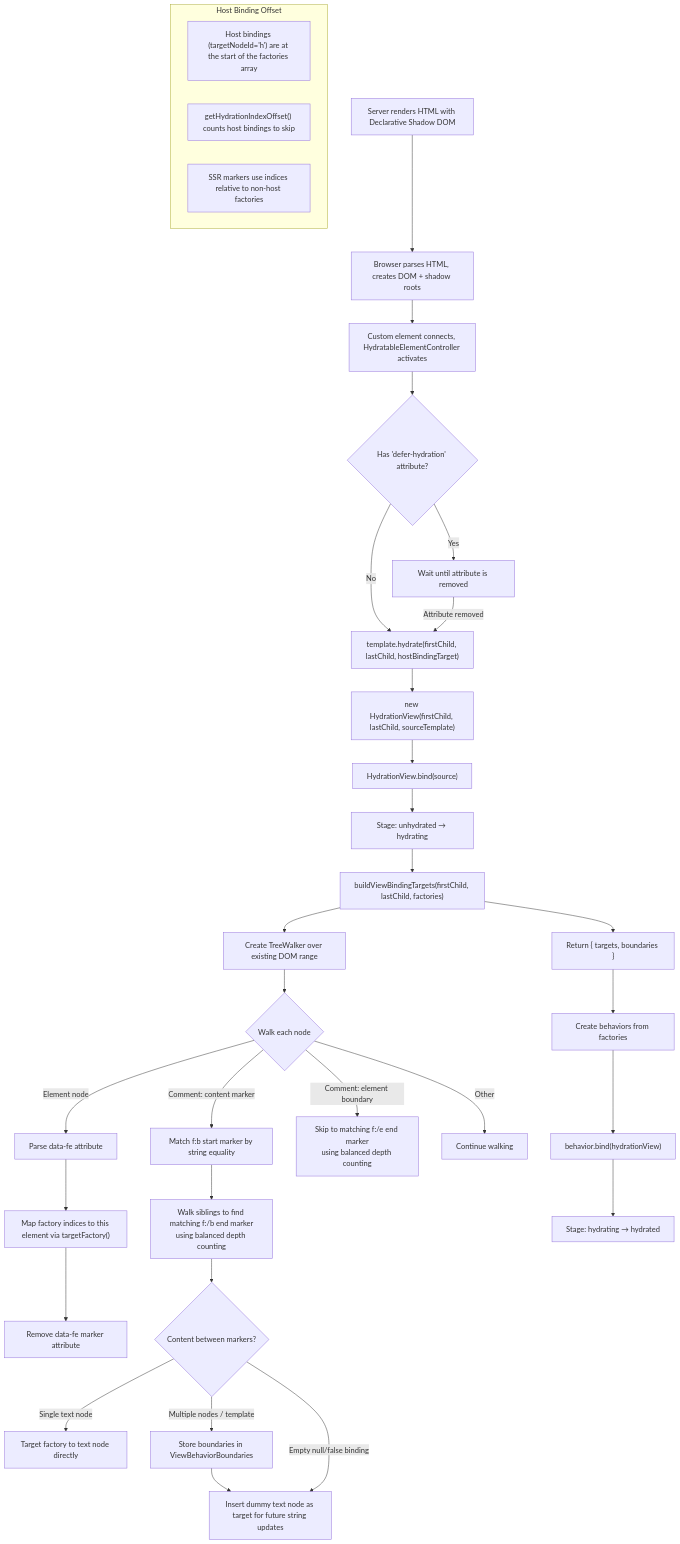
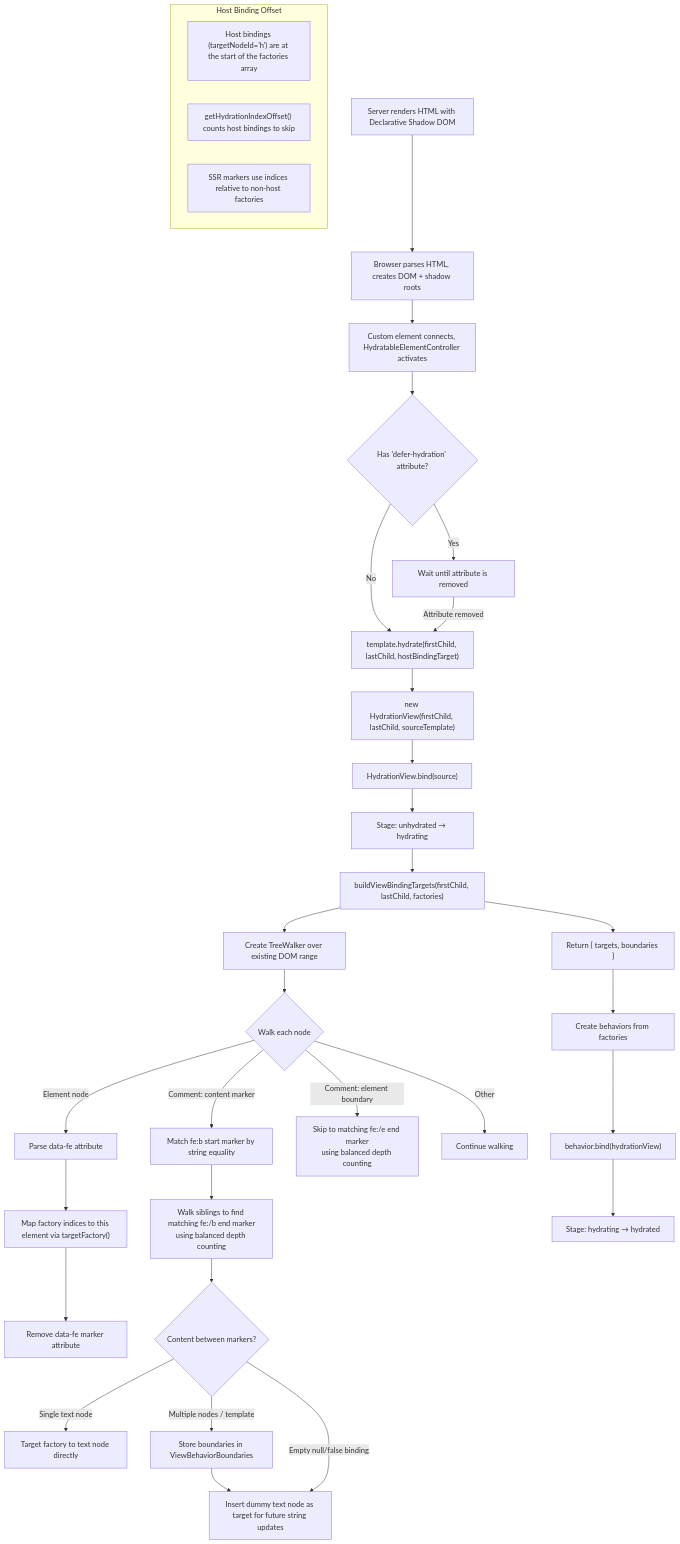
One commit to microsoft/fast changed the eighth of 12 diagrams in packages/fast-element/src/templating/TEMPLATE-BINDINGS.md. Above: the diagram before and after it, drawn with Mermaid. The commit also changed other lines of this file and 37 other files, not shown here.

````diff
--- a/packages/fast-element/src/templating/TEMPLATE-BINDINGS.md
+++ b/packages/fast-element/src/templating/TEMPLATE-BINDINGS.md
@@ -342,40 +342,40 @@
 ```mermaid
 flowchart TD
     A["Server renders HTML with Declarative Shadow DOM"] --> B["Browser parses HTML, creates DOM + shadow roots"]
     B --> C["Custom element connects, HydratableElementController activates"]
     C --> D{"Has 'defer-hydration' attribute?"}
     D -->|Yes| E["Wait until attribute is removed"]
     D -->|No| F["template.hydrate(firstChild, lastChild, hostBindingTarget)"]
     E -->|Attribute removed| F
     F --> G["new HydrationView(firstChild, lastChild, sourceTemplate)"]
     G --> H["HydrationView.bind(source)"]
     H --> I["Stage: unhydrated → hydrating"]
     I --> J["buildViewBindingTargets(firstChild, lastChild, factories)"]
 
     J --> K["Create TreeWalker over existing DOM range"]
     K --> L{"Walk each node"}
 
     L -->|Element node| M["Parse data-fe attribute"]
     M --> N["Map factory indices to this element via targetFactory()"]
     N --> O["Remove data-fe marker attribute"]
 
-    L -->|Comment: content marker| P["Match f:b start marker by string equality"]
-    P --> Q["Walk siblings to find matching f:/b end marker\nusing balanced depth counting"]
+    L -->|Comment: content marker| P["Match fe:b start marker by string equality"]
+    P --> Q["Walk siblings to find matching fe:/b end marker\nusing balanced depth counting"]
     Q --> R{"Content between markers?"}
     R -->|Single text node| S["Target factory to text node directly"]
     R -->|Multiple nodes / template| T["Store boundaries in ViewBehaviorBoundaries"]
     T --> U["Insert dummy text node as target for future string updates"]
     R -->|Empty null/false binding| U
-    L -->|Comment: element boundary| V["Skip to matching f:/e end marker\nusing balanced depth counting"]
+    L -->|Comment: element boundary| V["Skip to matching fe:/e end marker\nusing balanced depth counting"]
     L -->|Other| W["Continue walking"]
     J --> X["Return { targets, boundaries }"]
     X --> Y["Create behaviors from factories"]
     Y --> Z["behavior.bind(hydrationView)"]
     Z --> AA["Stage: hydrating → hydrated"]
 
     subgraph "Host Binding Offset"
         BB["Host bindings (targetNodeId='h') are at the start of the factories array"]
         CC["getHydrationIndexOffset() counts host bindings to skip"]
         DD["SSR markers use indices relative to non-host factories"]
     end
 ```
````
